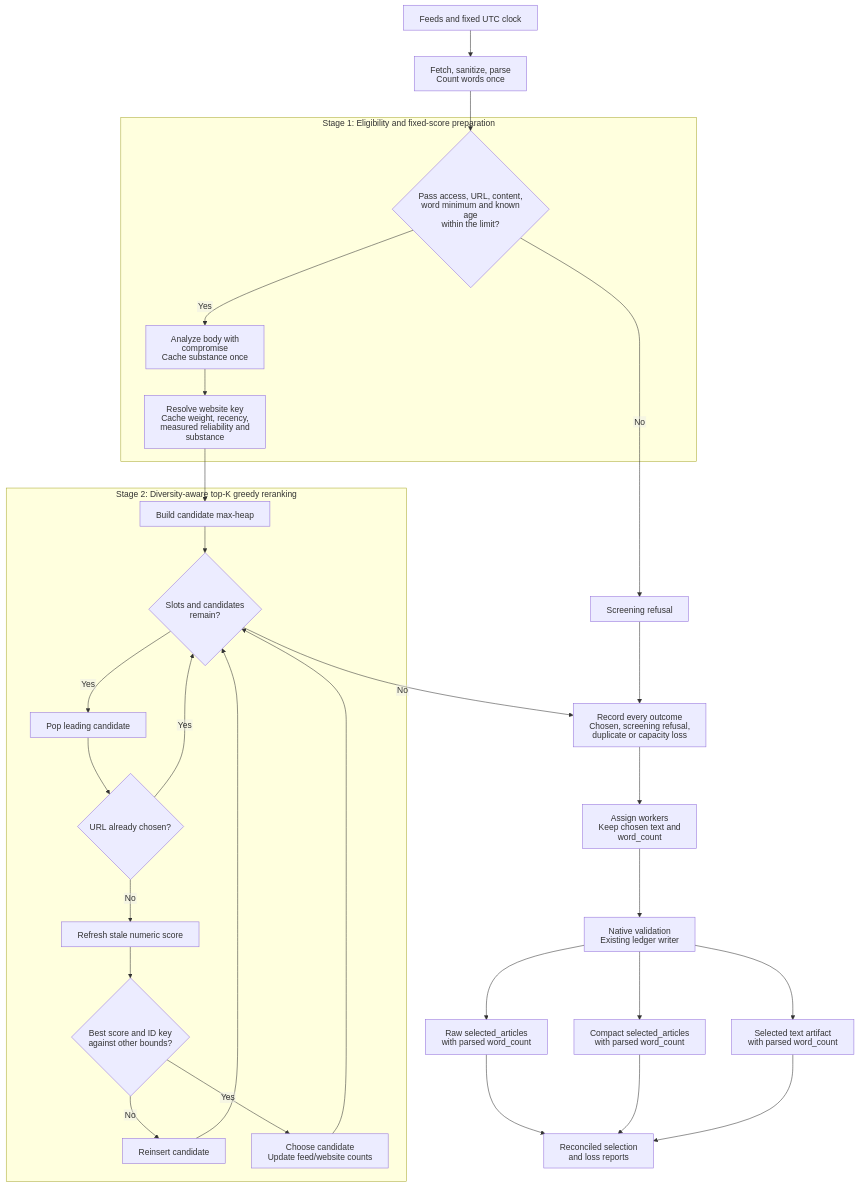
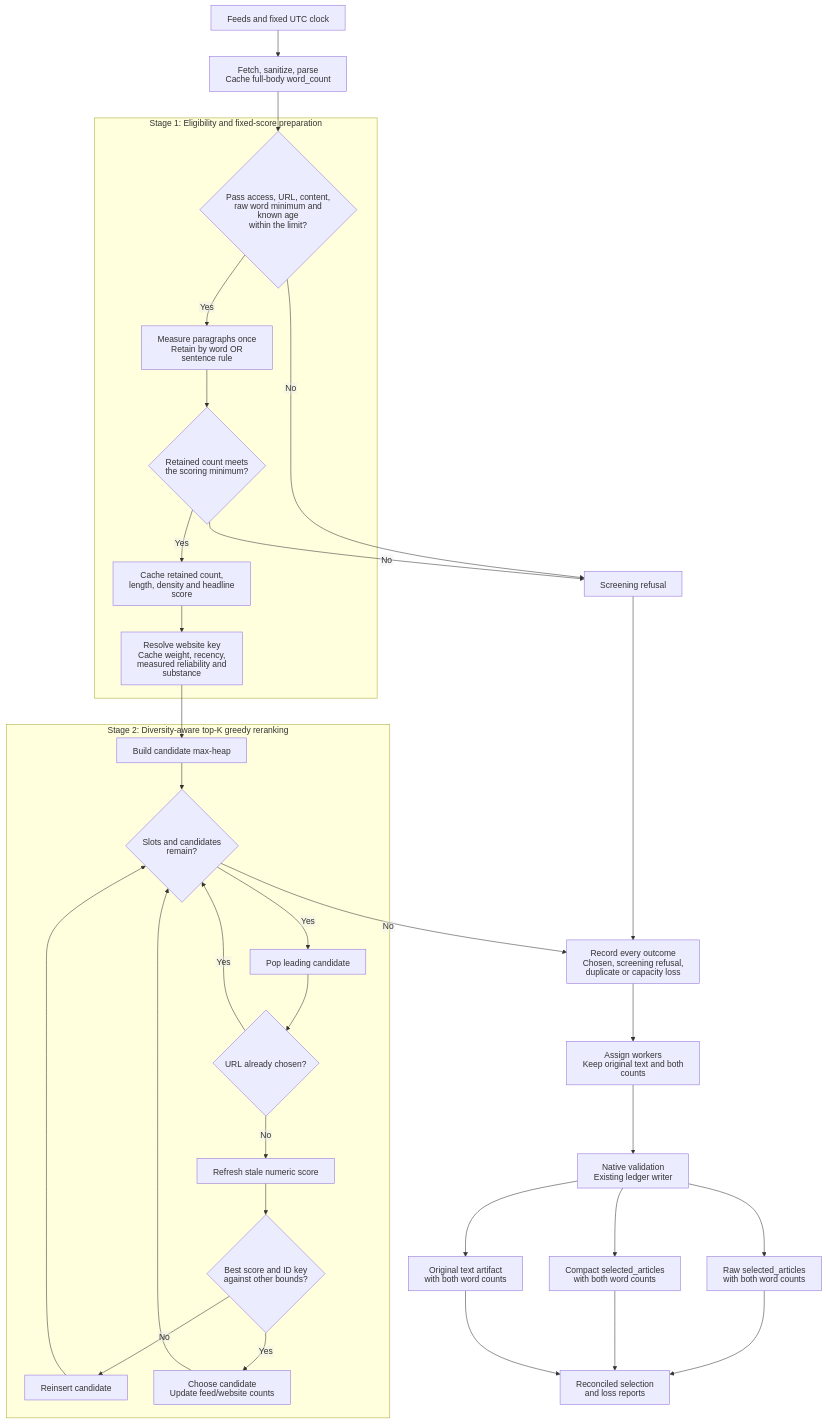
The diagram in TODO/20261101-diversity-aware-top-k-selection-plan.md (miztiik/yen-idhazh), drawn with Mermaid before and after one commit. The commit also changed other lines of this file, not shown here.

Commit message:
Plan retained-paragraph substance scoring

````diff
--- a/TODO/20261101-diversity-aware-top-k-selection-plan.md
+++ b/TODO/20261101-diversity-aware-top-k-selection-plan.md
@@ -40,44 +40,48 @@
 ```mermaid
 %%{init: {"htmlLabels": false, "flowchart": {"htmlLabels": false}}}%%
 flowchart TD
     inputs["Feeds and fixed UTC clock"]
-    parse["Fetch, sanitize, parse<br/>Count words once"]
+    parse["Fetch, sanitize, parse<br/>Cache full-body word_count"]
     inputs --> parse
 
     subgraph stage_one["Stage 1: Eligibility and fixed-score preparation"]
-        gates{"Pass access, URL, content,<br/>word minimum and known age<br/>within the limit?"}
-        substance["Analyze body with compromise<br/>Cache substance once"]
+        gates{"Pass access, URL, content,<br/>raw word minimum and known age<br/>within the limit?"}
+        paragraphs["Measure paragraphs once<br/>Retain by word OR sentence rule"]
+        floor{"Retained count meets<br/>the scoring minimum?"}
+        substance["Cache retained count,<br/>length, density and headline score"]
         base["Resolve website key<br/>Cache weight, recency,<br/>measured reliability and substance"]
-        gates -->|Yes| substance --> base
+        gates -->|Yes| paragraphs --> floor
+        floor -->|Yes| substance --> base
     end
     parse --> gates
     gates -->|No| refusal["Screening refusal"]
+    floor -->|No| refusal
 
     subgraph stage_two["Stage 2: Diversity-aware top-K greedy reranking"]
         heap["Build candidate max-heap"]
         remaining{"Slots and candidates<br/>remain?"}
         pop["Pop leading candidate"]
         duplicate{"URL already chosen?"}
         refresh["Refresh stale numeric score"]
         winner{"Best score and ID key<br/>against other bounds?"}
         reinsert["Reinsert candidate"]
         choose["Choose candidate<br/>Update feed/website counts"]
         heap --> remaining
         remaining -->|Yes| pop --> duplicate
         duplicate -->|Yes| remaining
         duplicate -->|No| refresh --> winner
         winner -->|No| reinsert --> remaining
         winner -->|Yes| choose --> remaining
     end
     base --> heap
     remaining -->|No| accounting["Record every outcome<br/>Chosen, screening refusal,<br/>duplicate or capacity loss"]
     refusal --> accounting
-    accounting --> partition["Assign workers<br/>Keep chosen text and word_count"]
+    accounting --> partition["Assign workers<br/>Keep original text and both counts"]
     partition --> persist["Native validation<br/>Existing ledger writer"]
-    persist --> raw["Raw selected_articles<br/>with parsed word_count"]
-    persist --> compact["Compact selected_articles<br/>with parsed word_count"]
-    persist --> artifact["Selected text artifact<br/>with parsed word_count"]
+    persist --> raw["Raw selected_articles<br/>with both word counts"]
+    persist --> compact["Compact selected_articles<br/>with both word counts"]
+    persist --> artifact["Original text artifact<br/>with both word counts"]
     raw --> report["Reconciled selection<br/>and loss reports"]
     compact --> report
     artifact --> report
 ```
````
